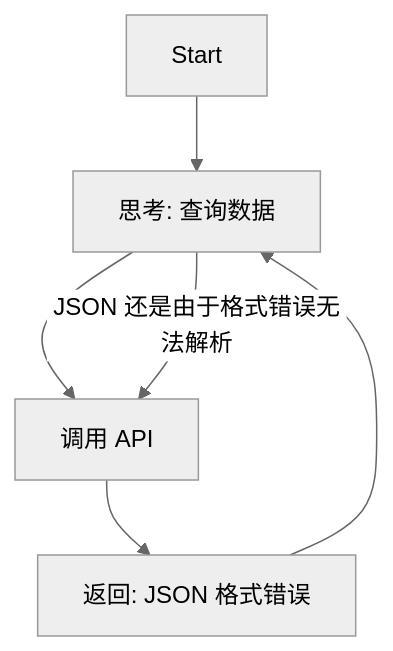
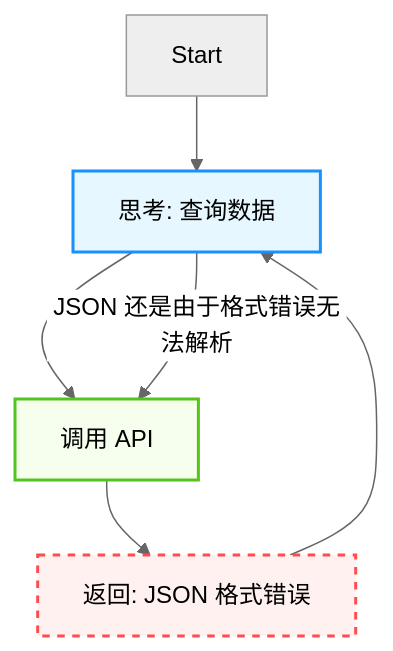
The first of 2 diagrams in 09_agentops/9.5_failures.md (yeasy/agentic_ai_guide), drawn with Mermaid (neutral theme) before and after one commit. The commit also changed 36 other files, not shown here.

````diff
--- a/09_agentops/9.5_failures.md
+++ b/09_agentops/9.5_failures.md
@@ -24,8 +24,17 @@
 ```mermaid
 graph TD
+    %% Agentic Design System
+    classDef agent fill:#e6f7ff,stroke:#1890ff,stroke-width:2px;
+    classDef tool fill:#f6ffed,stroke:#52c41a,stroke-width:2px;
+    classDef error fill:#fff1f0,stroke:#ff4d4f,stroke-width:2px,stroke-dasharray: 5 5;
+
     Start --> Think[思考: 查询数据]
     Think --> Action[调用 API]
     Action --> Result[返回: JSON 格式错误]
     Result --> Think
     Think -->|JSON 还是由于格式错误无法解析| Action
+    
+    class Think agent;
+    class Action tool;
+    class Result error;
 ```
````
